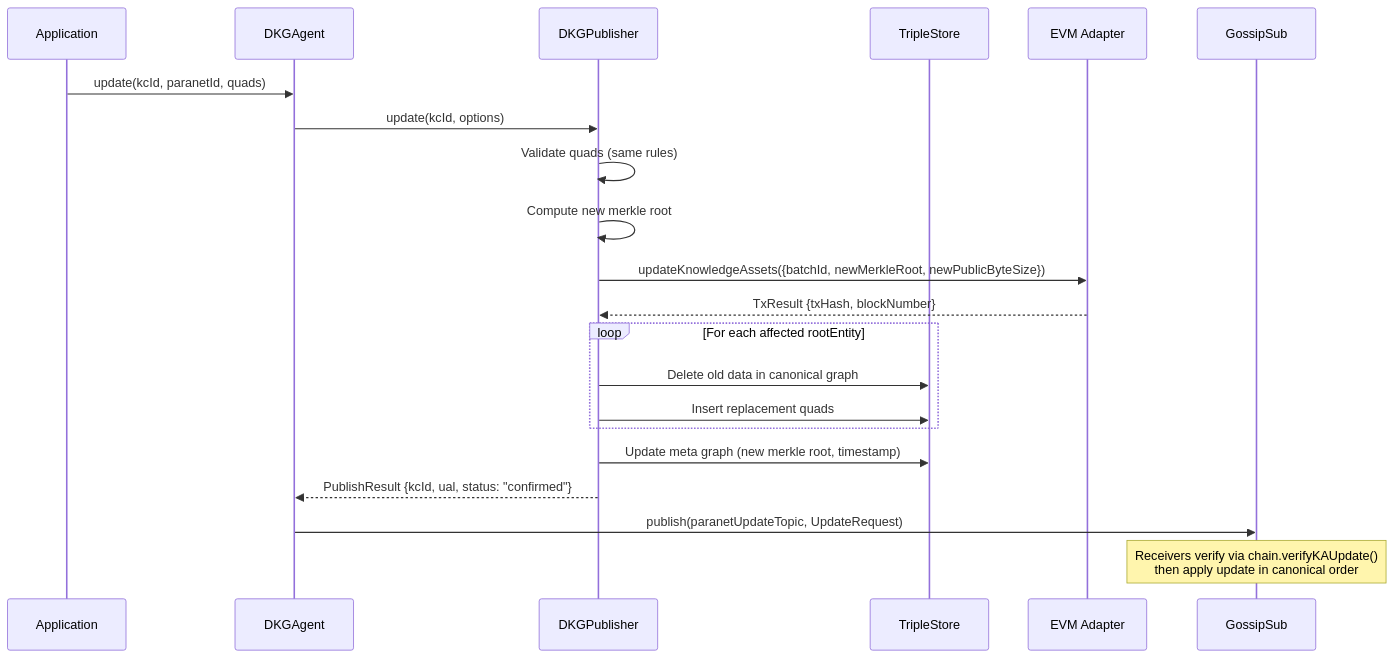
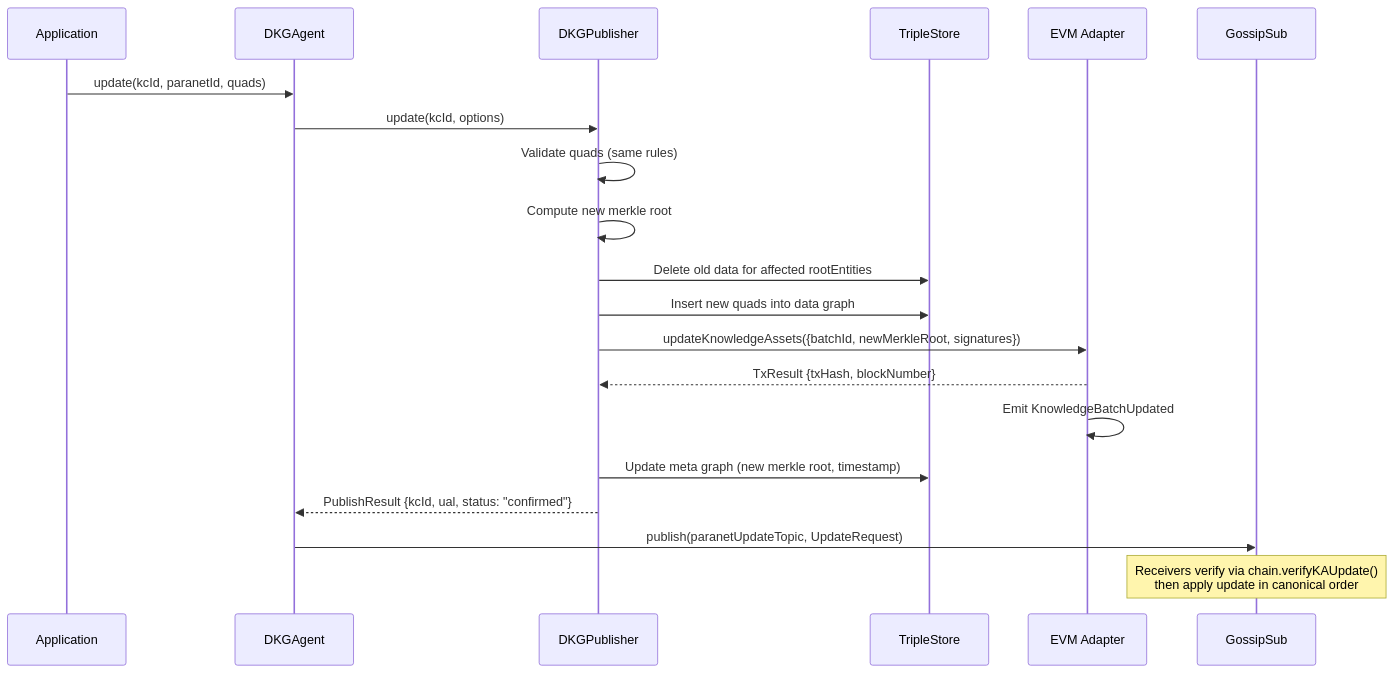
Before and after one commit to OriginTrail/dkg-v9: the tenth of 18 diagrams in docs/v9-protocol-operations.md, drawn with Mermaid. The commit also changed other lines of this file and 12 other files, not shown here.

````diff
--- a/docs/v9-protocol-operations.md
+++ b/docs/v9-protocol-operations.md
@@ -466,31 +922,30 @@
 ```mermaid
 sequenceDiagram
     participant App as Application
     participant Agent as DKGAgent
     participant Pub as DKGPublisher
     participant Store as TripleStore
     participant Chain as EVM Adapter
     participant GS as GossipSub
 
     App->>Agent: update(kcId, paranetId, quads)
 
     Agent->>Pub: update(kcId, options)
 
     Pub->>Pub: Validate quads (same rules)
     Pub->>Pub: Compute new merkle root
 
-    Pub->>Chain: updateKnowledgeAssets({batchId, newMerkleRoot, newPublicByteSize})
+    Pub->>Store: Delete old data for affected rootEntities
+    Pub->>Store: Insert new quads into data graph
+
+    Pub->>Chain: updateKnowledgeAssets({batchId, newMerkleRoot, signatures})
     Chain-->>Pub: TxResult {txHash, blockNumber}
-
-    loop For each affected rootEntity
-        Pub->>Store: Delete old data in canonical graph
-        Pub->>Store: Insert replacement quads
-    end
+    Chain->>Chain: Emit KnowledgeBatchUpdated
 
     Pub->>Store: Update meta graph (new merkle root, timestamp)
     Pub-->>Agent: PublishResult {kcId, ual, status: "confirmed"}
 
     Agent->>GS: publish(paranetUpdateTopic, UpdateRequest)
 
     Note over GS: Receivers verify via chain.verifyKAUpdate()<br/>then apply update in canonical order
 ```
````
